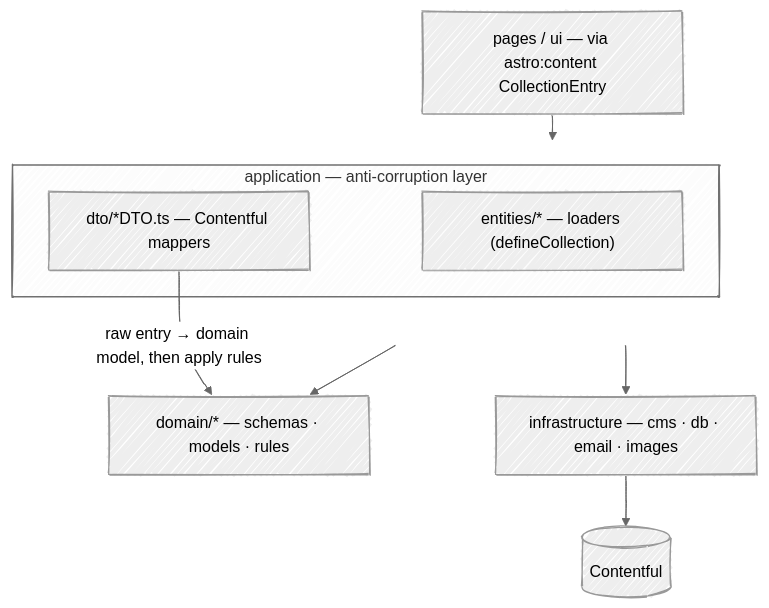
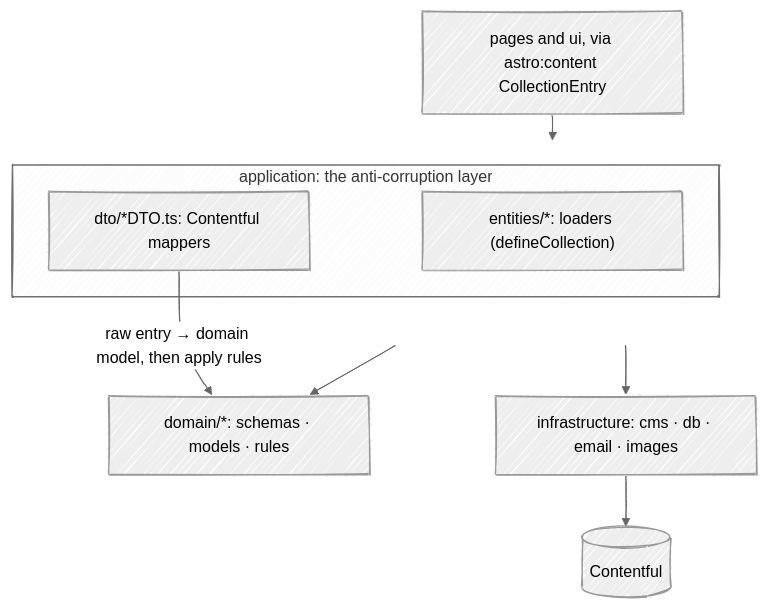
Before and after one commit to fbuireu/biancafiore: the diagram in docs/adr/0012-pragmatic-ddd-domain-layer-anti-corruption-layer.md, drawn with Mermaid. The commit also changed other lines of this file and 43 other files, not shown here.

````diff
--- a/docs/adr/0012-pragmatic-ddd-domain-layer-anti-corruption-layer.md
+++ b/docs/adr/0012-pragmatic-ddd-domain-layer-anti-corruption-layer.md
@@ -23,17 +23,17 @@
 ```mermaid
 ---
 config:
   look: handDrawn
   theme: neutral
 ---
 flowchart TD
-    UI["pages / ui — via astro:content CollectionEntry"] --> APP
-    subgraph APP["application — anti-corruption layer"]
-      L["entities/* — loaders (defineCollection)"]
-      M["dto/*DTO.ts — Contentful mappers"]
+    UI["pages and ui, via astro:content CollectionEntry"] --> APP
+    subgraph APP["application: the anti-corruption layer"]
+      L["entities/*: loaders (defineCollection)"]
+      M["dto/*DTO.ts: Contentful mappers"]
     end
-    APP --> DOM["domain/* — schemas · models · rules"]
-    APP --> INFRA["infrastructure — cms · db · email · images"]
+    APP --> DOM["domain/*: schemas · models · rules"]
+    APP --> INFRA["infrastructure: cms · db · email · images"]
     INFRA --> CMS[("Contentful")]
     M -- "raw entry → domain model, then apply rules" --> DOM
 ```
````
